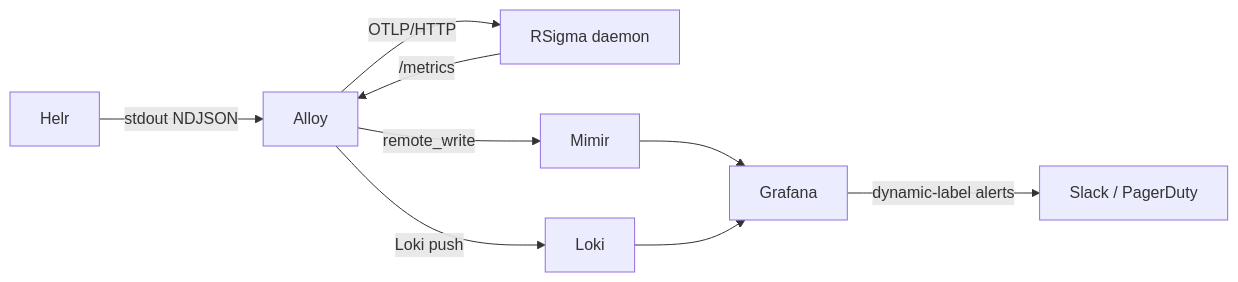
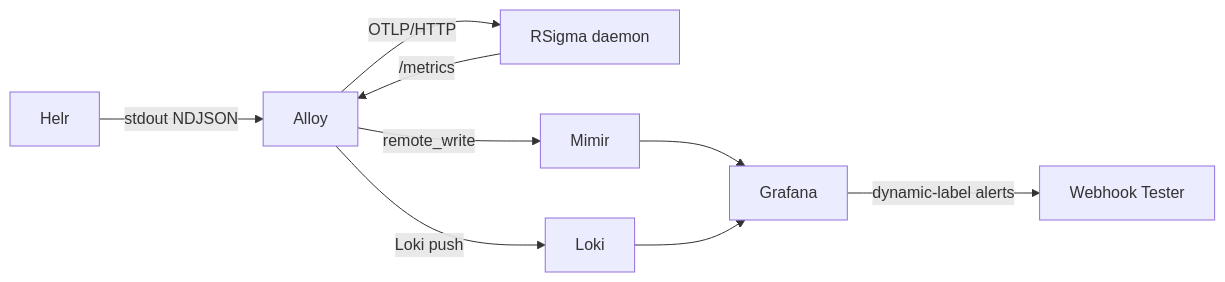
Before and after one commit to mostafa/rsigma-siem-article: the diagram in README.md, drawn with Mermaid. The commit also changed other lines of this file, not shown here.

First line of the commit message:
Update README with Webhook Tester, GHCR login, and IRM guidance

````diff
--- a/README.md
+++ b/README.md
@@ -9,11 +9,11 @@
 ```mermaid
 flowchart LR
     Helr["Helr"] -->|"stdout NDJSON"| Alloy
     Alloy -->|"OTLP/HTTP"| RSigma["RSigma daemon"]
     Alloy -->|"Loki push"| Loki
     RSigma -->|"/metrics"| Alloy
     Alloy -->|"remote_write"| Mimir
     Mimir --> Grafana
     Loki --> Grafana
-    Grafana -->|"dynamic-label alerts"| Alerting["Slack / PagerDuty"]
+    Grafana -->|"dynamic-label alerts"| WebhookTester["Webhook Tester"]
 ```
````
